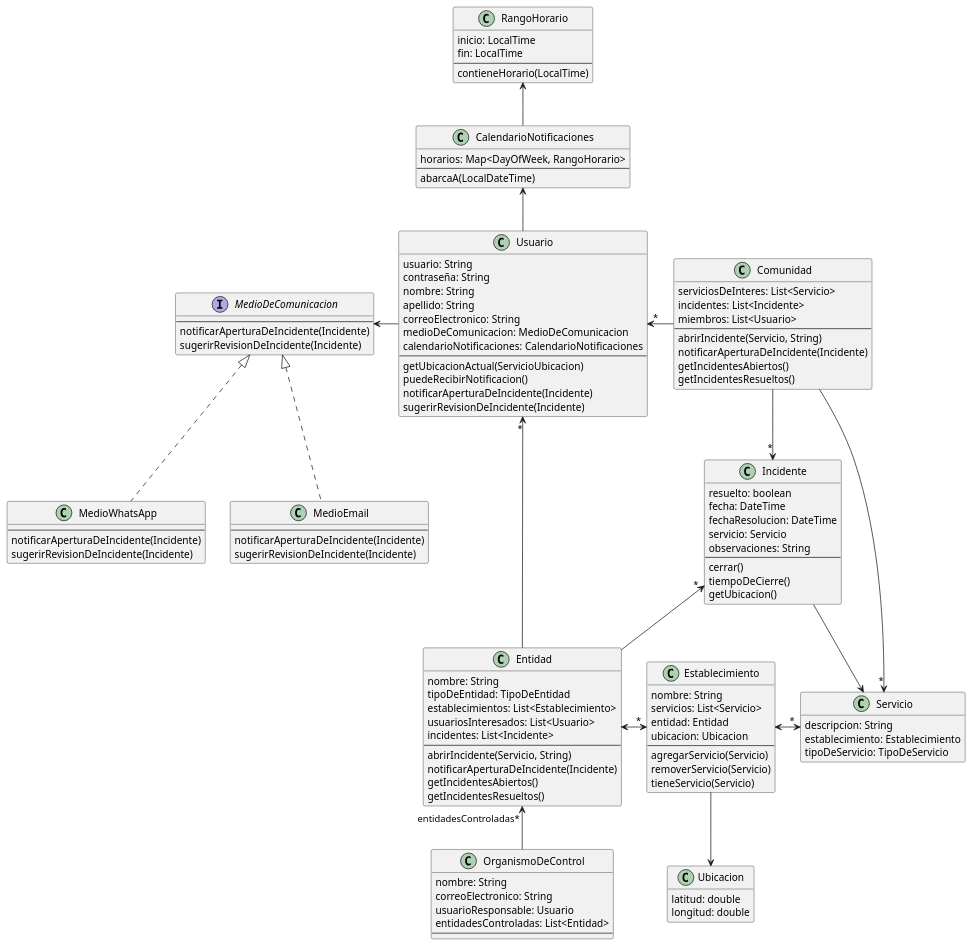
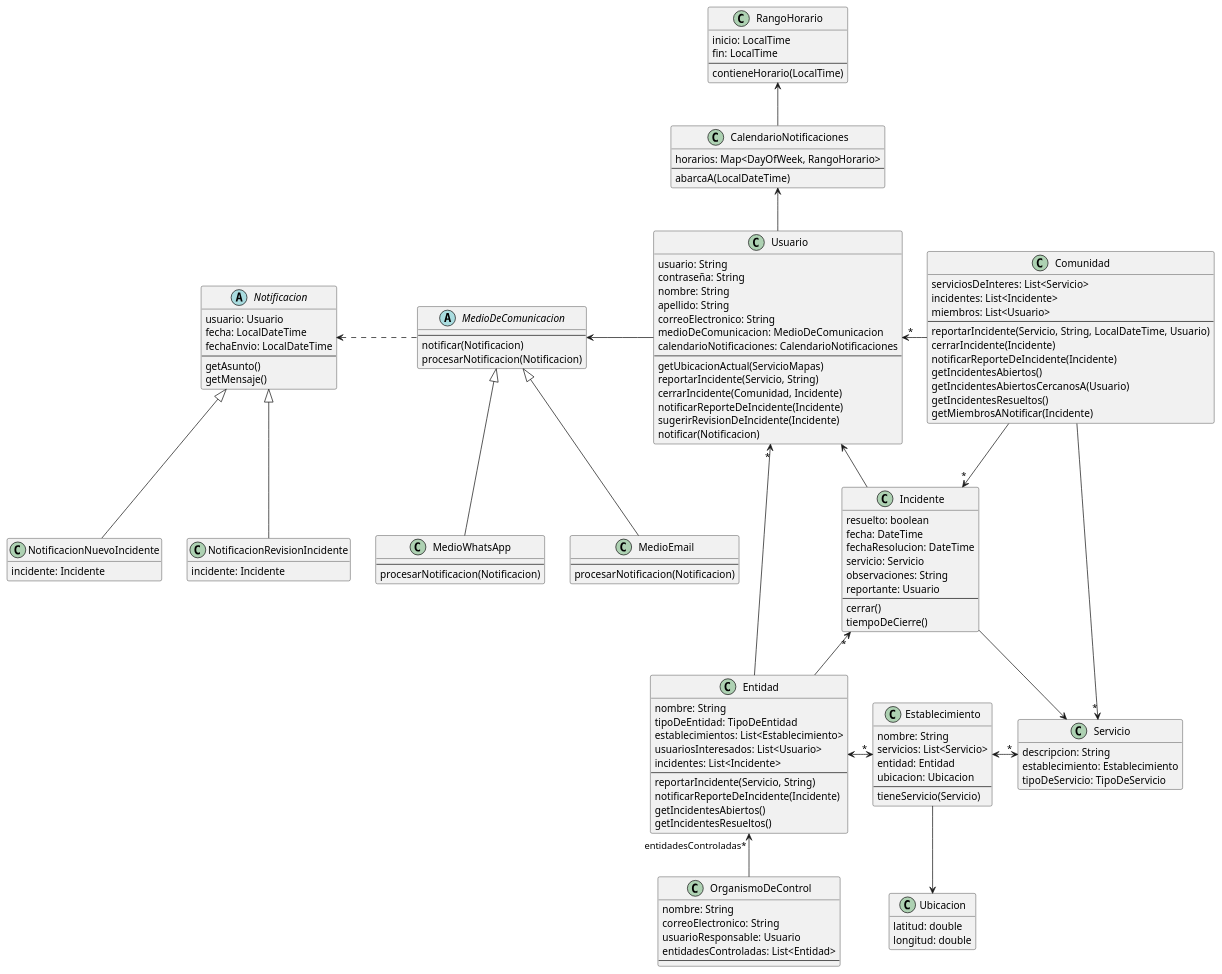
The diagram in docs/entrega-3/clases.puml (ValenAquino/tp-dds-2023), drawn with PlantUML before and after one commit. The commit also changed 1 other file, not shown here.

Commit message:
docs(clases): actualizar diagrama de clases

```diff
--- a/docs/entrega-3/clases.puml
+++ b/docs/entrega-3/clases.puml
@@ -1,170 +1,187 @@
 @startuml TPA3-Clases
 
 hide empty members
 
 ' Supermercado, Centro Comunal, Banco, ...
 class Entidad {
   nombre: String
   tipoDeEntidad: TipoDeEntidad
   establecimientos: List<Establecimiento>
   usuariosInteresados: List<Usuario>
   incidentes: List<Incidente>
   --
-  abrirIncidente(Servicio, String)
-  notificarAperturaDeIncidente(Incidente)
+  reportarIncidente(Servicio, String)
+  notificarReporteDeIncidente(Incidente)
   getIncidentesAbiertos()
   getIncidentesResueltos()
 }
 
 Entidad <-r->"*" Establecimiento
 Entidad -l->"*" Usuario
 Entidad -u->"*" Incidente
 
 ' Sucursal, Estacion, ...
 class Establecimiento {
   nombre: String
   servicios: List<Servicio>
   entidad: Entidad
   ubicacion: Ubicacion
   --
-  agregarServicio(Servicio)
-  removerServicio(Servicio)
   tieneServicio(Servicio)
 }
 
 Establecimiento <->"*" Servicio
 Establecimiento -d-> Ubicacion
 
 class Servicio {
   descripcion: String
   establecimiento: Establecimiento
   tipoDeServicio: TipoDeServicio
 }
 
 class Usuario {
   usuario: String
   contraseña: String
   nombre: String
   apellido: String
   correoElectronico: String
   medioDeComunicacion: MedioDeComunicacion
   calendarioNotificaciones: CalendarioNotificaciones
   --
-  getUbicacionActual(ServicioUbicacion)
-  puedeRecibirNotificacion()
-  notificarAperturaDeIncidente(Incidente)
+  getUbicacionActual(ServicioMapas)
+  reportarIncidente(Servicio, String)
+  cerrarIncidente(Comunidad, Incidente)
+  notificarReporteDeIncidente(Incidente)
   sugerirRevisionDeIncidente(Incidente)
+  notificar(Notificacion)
 }
 
 Usuario -l-> MedioDeComunicacion
 Usuario -u-> CalendarioNotificaciones
 
 class CalendarioNotificaciones {
   horarios: Map<DayOfWeek, RangoHorario>
   --
   abarcaA(LocalDateTime)
 }
 
 CalendarioNotificaciones -u-> RangoHorario
 
 class RangoHorario {
   inicio: LocalTime
   fin: LocalTime
   --
   contieneHorario(LocalTime)
 }
 
-interface MedioDeComunicacion {
+abstract MedioDeComunicacion {
   --
-  notificarAperturaDeIncidente(Incidente)
-  sugerirRevisionDeIncidente(Incidente)
+  notificar(Notificacion)
+  procesarNotificacion(Notificacion)
 }
 
-class MedioWhatsApp implements MedioDeComunicacion {
+class MedioWhatsApp extends MedioDeComunicacion {
   --
-  notificarAperturaDeIncidente(Incidente)
-  sugerirRevisionDeIncidente(Incidente)
+  procesarNotificacion(Notificacion)
 }
 
-class MedioEmail implements MedioDeComunicacion {
+class MedioEmail extends MedioDeComunicacion {
   --
-  notificarAperturaDeIncidente(Incidente)
-  sugerirRevisionDeIncidente(Incidente)
+  procesarNotificacion(Notificacion)
 }
+
+abstract Notificacion {
+  usuario: Usuario
+  fecha: LocalDateTime
+  fechaEnvio: LocalDateTime
+  --
+  getAsunto()
+  getMensaje()
+}
+
+class NotificacionNuevoIncidente extends Notificacion {
+  incidente: Incidente
+}
+
+class NotificacionRevisionIncidente extends Notificacion {
+  incidente: Incidente
+}
+
+MedioDeComunicacion .l.> Notificacion
 
 class Comunidad {
   serviciosDeInteres: List<Servicio>
   incidentes: List<Incidente>
   miembros: List<Usuario>
   --
-  abrirIncidente(Servicio, String)
-  notificarAperturaDeIncidente(Incidente)
+  reportarIncidente(Servicio, String, LocalDateTime, Usuario)
+  cerrarIncidente(Incidente)
+  notificarReporteDeIncidente(Incidente)
   getIncidentesAbiertos()
+  getIncidentesAbiertosCercanosA(Usuario)
   getIncidentesResueltos()
+  getMiembrosANotificar(Incidente)
 }
 
 Comunidad ->"*" Servicio
 Comunidad -d->"*" Incidente
 Comunidad -l->"*" Usuario
 
 class Incidente {
   resuelto: boolean
   fecha: DateTime
   fechaResolucion: DateTime
   servicio: Servicio
   observaciones: String
+  reportante: Usuario
   --
   cerrar()
   tiempoDeCierre()
-  getUbicacion()
 }
 
 Incidente -> Servicio
+Incidente -l-> Usuario
 
 class Ubicacion {
   latitud: double
   longitud: double
 }
 
 'interface ServicioMapas {
 '  --
 '  estanCerca(Ubicacion, Ubicacion, long): boolean
-'}
-'
-'interface ServicioUbicacion {
-'  --
 '  ubicacionActual(String): Ubicacion
 '}
 
 class OrganismoDeControl {
   nombre: String
   correoElectronico: String
   usuarioResponsable: Usuario
   entidadesControladas: List<Entidad>
   --
 }
 
 OrganismoDeControl -u->"entidadesControladas*" Entidad
 
 /'
 
 enum TipoDeServicio {
   ESCALERAS_MECANICAS
   ASCENSORES
   BAÑOS
 }
 
 Servicio -> TipoDeServicio
 
 enum TipoDeEntidad {
   SUBTERRANEO
   FERROCARRIL
   SUPERMERADO
   BANCO
 }
 
 Entidad -> TipoDeEntidad
 
 '/
 
 @enduml
```
